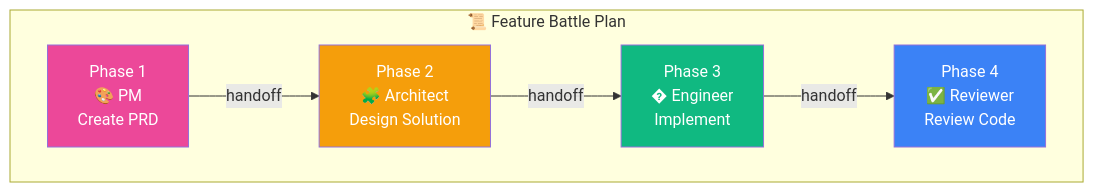
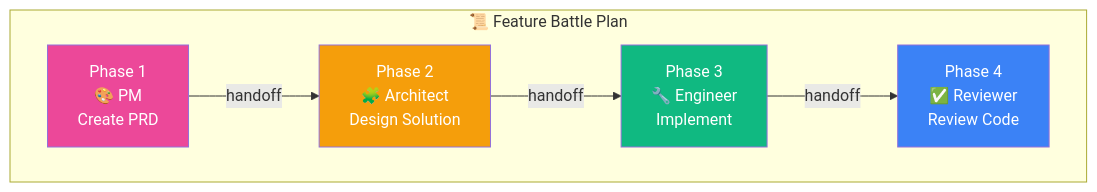
One commit to jnPiyush/AI-Squad changed the third of 7 diagrams in README.md. Above: the diagram before and after it, drawn with Mermaid. The commit also changed other lines of this file and 3 other files, not shown here.

````diff
--- a/README.md
+++ b/README.md
@@ -117,19 +117,19 @@
 ```mermaid
 flowchart LR
     subgraph "📜 Feature Battle Plan"
         direction LR
         P1["Phase 1<br/>🎨 PM<br/>Create PRD"]
         P2["Phase 2<br/>🧩 Architect<br/>Design Solution"]
-        P3["Phase 3<br/>� Engineer<br/>Implement"]
+        P3["Phase 3<br/>🔧 Engineer<br/>Implement"]
         P4["Phase 4<br/>✅ Reviewer<br/>Review Code"]
         
         P1 -->|handoff| P2
         P2 -->|handoff| P3
         P3 -->|handoff| P4
     end
     
     style P1 fill:#ec4899,color:#fff
     style P2 fill:#f59e0b,color:#fff
     style P3 fill:#10b981,color:#fff
     style P4 fill:#3b82f6,color:#fff
 ```
````
